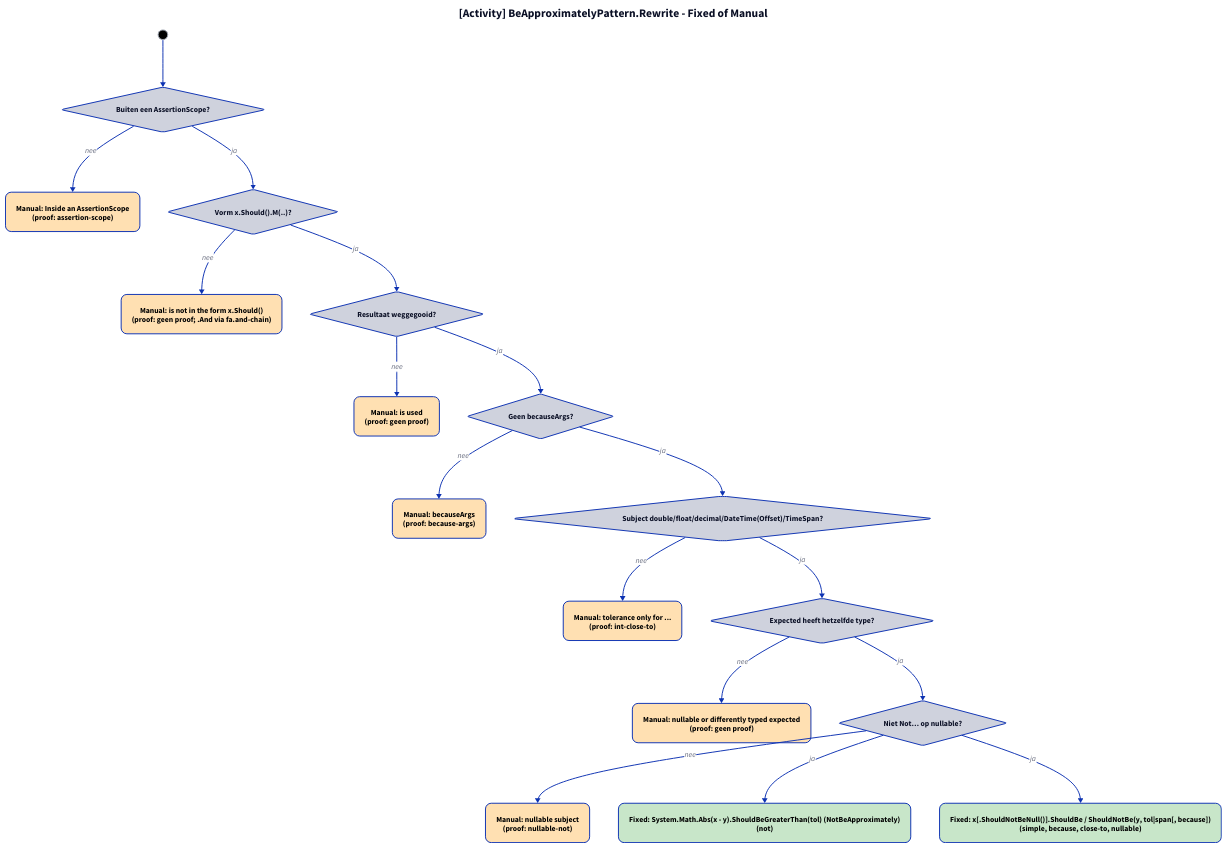
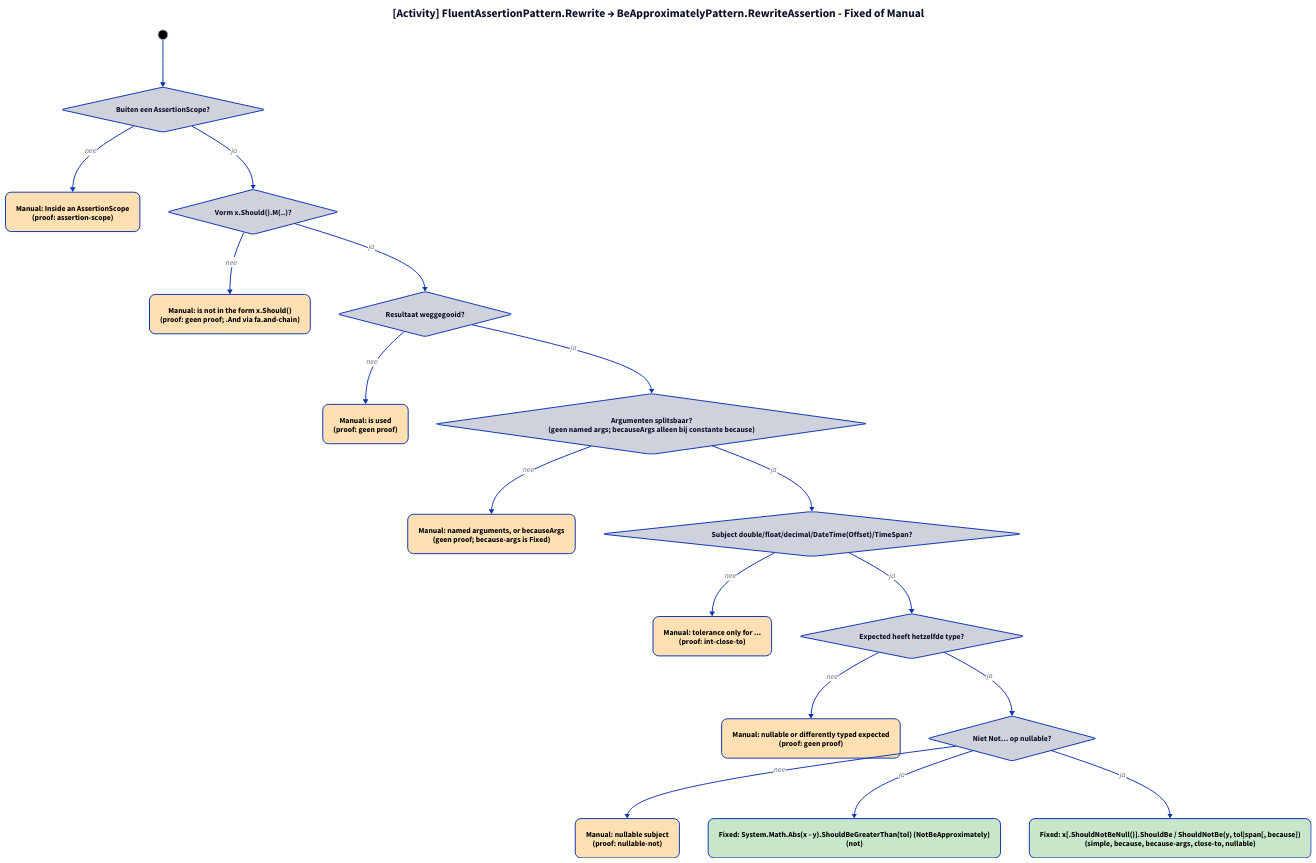
Before and after one commit to ATkingma/unshackle: the diagram in docs/projectinfo/patterns/img/fa-be-approximately-modellen-3.d2, drawn with D2. The commit also changed 462 other files, not shown here.

```diff
--- a/docs/projectinfo/patterns/img/fa-be-approximately-modellen-3.d2
+++ b/docs/projectinfo/patterns/img/fa-be-approximately-modellen-3.d2
@@ -1,35 +1,35 @@
-title: "[Activity] BeApproximatelyPattern.Rewrite - Fixed of Manual" {shape: text; near: top-center; style: {font-size: 24; bold: true}}
+title: "[Activity] FluentAssertionPattern.Rewrite → BeApproximatelyPattern.RewriteAssertion - Fixed of Manual" {shape: text; near: top-center; style: {font-size: 24; bold: true}}
 direction: down
 start: "" {shape: circle; width: 20; style: {fill: black; stroke: "#9ca3af"}}
 q0: "Buiten een AssertionScope?" {shape: diamond}
 m0: "Manual: Inside an AssertionScope\n(proof: assertion-scope)" {style.fill: "#ffe0b2"; style.font-color: "#000000"; style.border-radius: 12}
 start -> q0
 q0 -> m0: nee
 q1: "Vorm x.Should().M(..)?" {shape: diamond}
 m1: "Manual: is not in the form x.Should()\n(proof: geen proof; .And via fa.and-chain)" {style.fill: "#ffe0b2"; style.font-color: "#000000"; style.border-radius: 12}
 q0 -> q1: ja
 q1 -> m1: nee
 q2: "Resultaat weggegooid?" {shape: diamond}
 m2: "Manual: is used\n(proof: geen proof)" {style.fill: "#ffe0b2"; style.font-color: "#000000"; style.border-radius: 12}
 q1 -> q2: ja
 q2 -> m2: nee
-q3: "Geen becauseArgs?" {shape: diamond}
-m3: "Manual: becauseArgs\n(proof: because-args)" {style.fill: "#ffe0b2"; style.font-color: "#000000"; style.border-radius: 12}
+q3: "Argumenten splitsbaar?\n(geen named args; becauseArgs alleen bij constante because)" {shape: diamond}
+m3: "Manual: named arguments, or becauseArgs\n(geen proof; because-args is Fixed)" {style.fill: "#ffe0b2"; style.font-color: "#000000"; style.border-radius: 12}
 q2 -> q3: ja
 q3 -> m3: nee
 q4: "Subject double/float/decimal/DateTime(Offset)/TimeSpan?" {shape: diamond}
 m4: "Manual: tolerance only for ...\n(proof: int-close-to)" {style.fill: "#ffe0b2"; style.font-color: "#000000"; style.border-radius: 12}
 q3 -> q4: ja
 q4 -> m4: nee
 q5: "Expected heeft hetzelfde type?" {shape: diamond}
 m5: "Manual: nullable or differently typed expected\n(proof: geen proof)" {style.fill: "#ffe0b2"; style.font-color: "#000000"; style.border-radius: 12}
 q4 -> q5: ja
 q5 -> m5: nee
 q6: "Niet Not… op nullable?" {shape: diamond}
 m6: "Manual: nullable subject\n(proof: nullable-not)" {style.fill: "#ffe0b2"; style.font-color: "#000000"; style.border-radius: 12}
 q5 -> q6: ja
 q6 -> m6: nee
 f0: "Fixed: System.Math.Abs(x - y).ShouldBeGreaterThan(tol) (NotBeApproximately)\n(not)" {style.fill: "#c8e6c9"; style.font-color: "#000000"; style.border-radius: 12}
 q6 -> f0: ja
-f1: "Fixed: x[.ShouldNotBeNull()].ShouldBe / ShouldNotBe(y, tol|span[, because])\n(simple, because, close-to, nullable)" {style.fill: "#c8e6c9"; style.font-color: "#000000"; style.border-radius: 12}
+f1: "Fixed: x[.ShouldNotBeNull()].ShouldBe / ShouldNotBe(y, tol|span[, because])\n(simple, because, because-args, close-to, nullable)" {style.fill: "#c8e6c9"; style.font-color: "#000000"; style.border-radius: 12}
 q6 -> f1: ja
```
